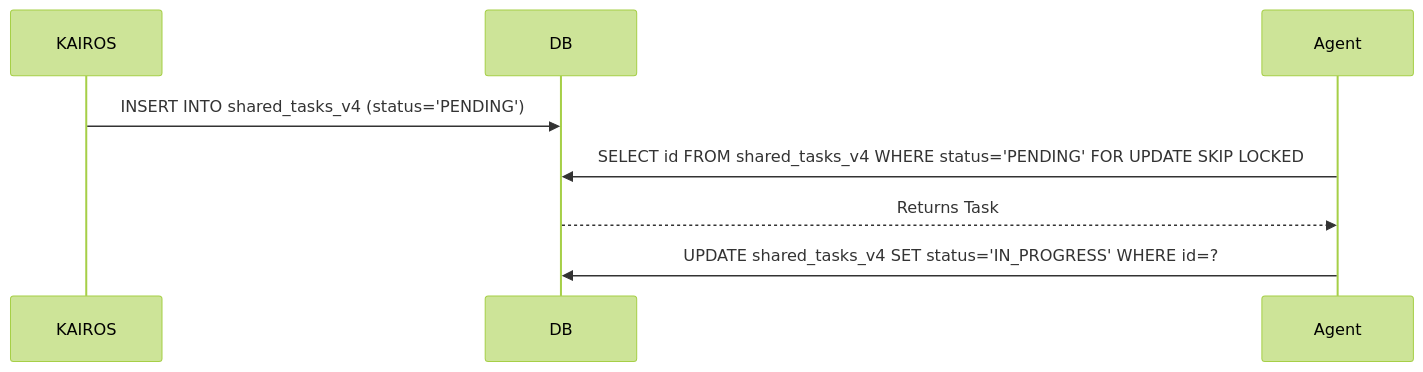
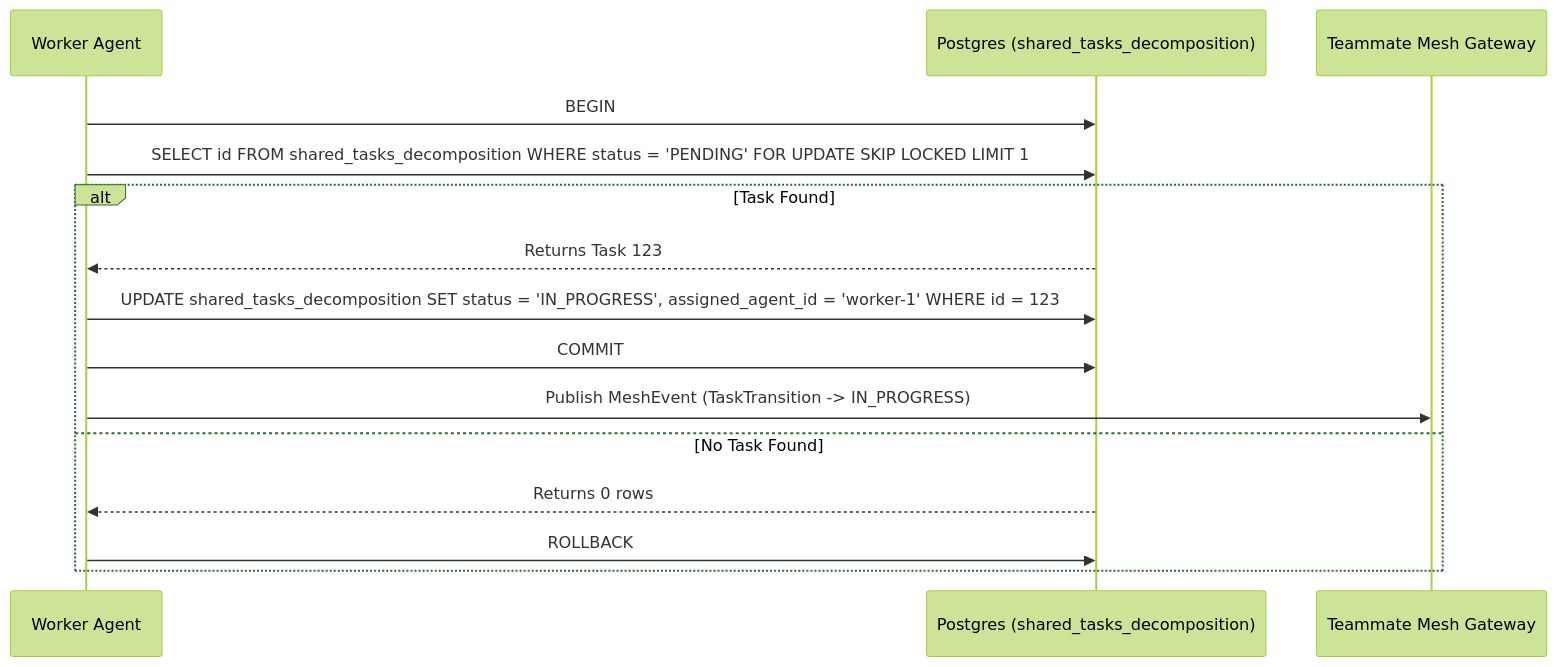
Before and after one commit to omnisolo-llc/onehumancorp: the diagram in docs/architecture/KAIROS_AI_OS_PREMIUM_DESIGN.md, drawn with Mermaid (forest theme). The commit also changed other lines of this file, not shown here.

First line of the commit message:
⚙️ Architect: Submit Premium Design Doc for KAIROS Orchestrator (#5318)

````diff
--- a/docs/architecture/KAIROS_AI_OS_PREMIUM_DESIGN.md
+++ b/docs/architecture/KAIROS_AI_OS_PREMIUM_DESIGN.md
@@ -20,10 +31,18 @@
 ```mermaid
 sequenceDiagram
-    participant KAIROS
-    participant DB
-    participant Agent
-    KAIROS->>DB: INSERT INTO shared_tasks_v4 (status='PENDING')
-    Agent->>DB: SELECT id FROM shared_tasks_v4 WHERE status='PENDING' FOR UPDATE SKIP LOCKED
-    DB-->>Agent: Returns Task
-    Agent->>DB: UPDATE shared_tasks_v4 SET status='IN_PROGRESS' WHERE id=?
+    participant Agent as Worker Agent
+    participant DB as Postgres (shared_tasks_decomposition)
+    participant Hub as Teammate Mesh Gateway
+
+    Agent->>DB: BEGIN
+    Agent->>DB: SELECT id FROM shared_tasks_decomposition WHERE status = 'PENDING' FOR UPDATE SKIP LOCKED LIMIT 1
+    alt Task Found
+        DB-->>Agent: Returns Task 123
+        Agent->>DB: UPDATE shared_tasks_decomposition SET status = 'IN_PROGRESS', assigned_agent_id = 'worker-1' WHERE id = 123
+        Agent->>DB: COMMIT
+        Agent->>Hub: Publish MeshEvent (TaskTransition -> IN_PROGRESS)
+    else No Task Found
+        DB-->>Agent: Returns 0 rows
+        Agent->>DB: ROLLBACK
+    end
 ```
````
